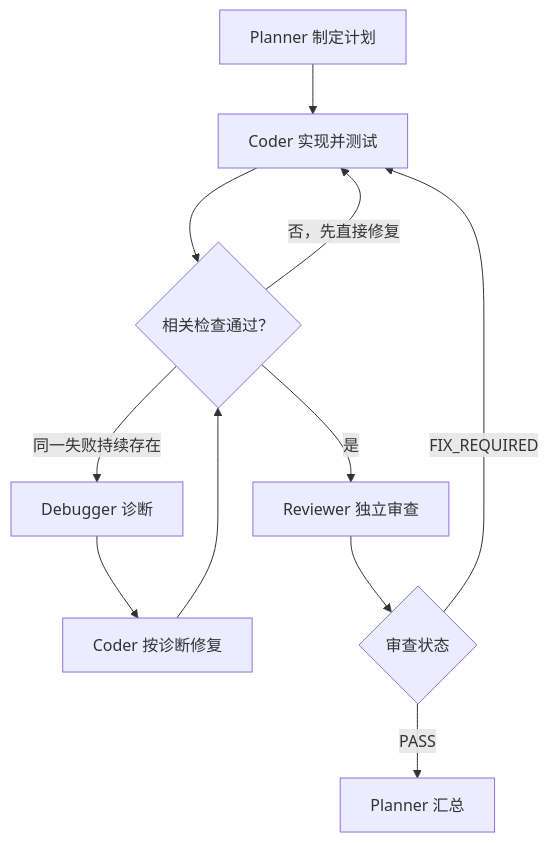
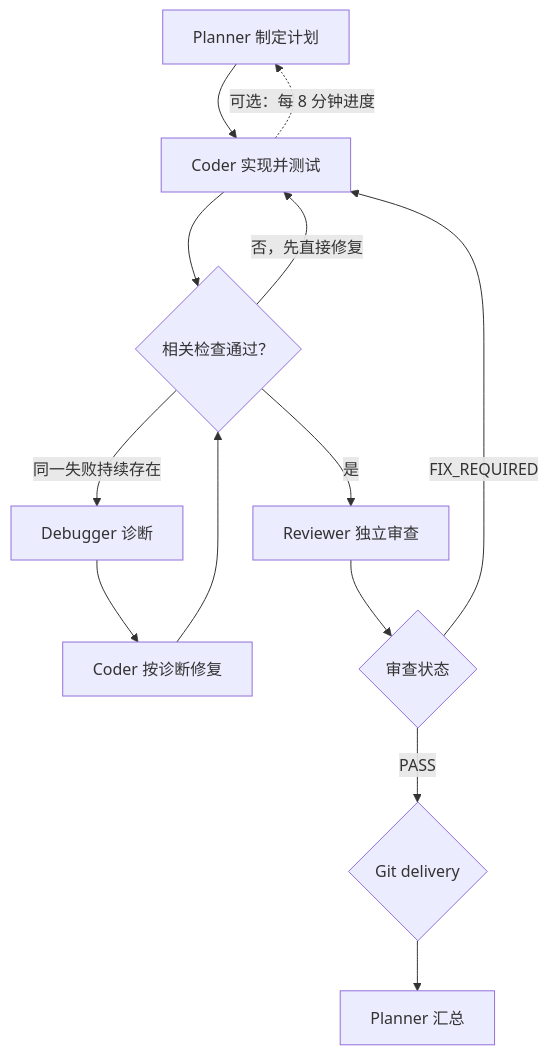
Before and after one commit to Jaeger-1231/herdr-workflow: the diagram in README.md, drawn with Mermaid. The commit also changed other lines of this file and 2 other files, not shown here.

````diff
--- a/README.md
+++ b/README.md
@@ -41,13 +42,15 @@
 ```mermaid
 flowchart TD
     P["Planner 制定计划"] --> C["Coder 实现并测试"]
+    C -. "可选：每 8 分钟进度" .-> P
     C --> T{"相关检查通过？"}
     T -- "是" --> R["Reviewer 独立审查"]
     T -- "否，先直接修复" --> C
     T -- "同一失败持续存在" --> D["Debugger 诊断"]
     D --> F["Coder 按诊断修复"]
     F --> T
     R --> S{"审查状态"}
-    S -- "PASS" --> E["Planner 汇总"]
     S -- "FIX_REQUIRED" --> C
+    S -- "PASS" --> G{"Git delivery"}
+    G --> E["Planner 汇总"]
 ```
````
